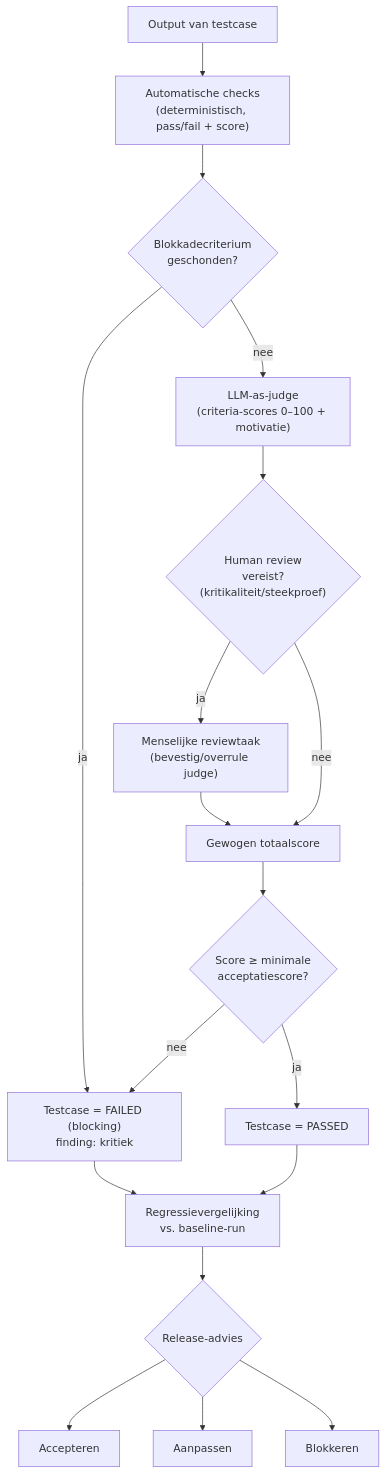
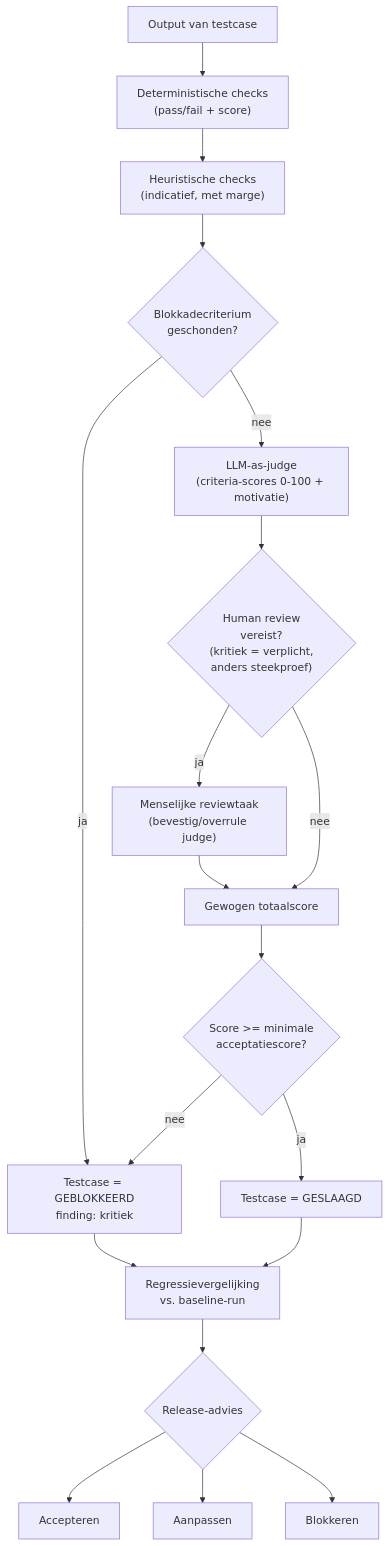
One commit to merlinijzerman/Bestuurdersportaal changed the fifth of 6 diagrams in AI-QUALITY-LAB-ARCHITECTUUR.md. Above: the diagram before and after it, drawn with Mermaid. The commit also changed other lines of this file and 21 other files, not shown here.

````diff
--- a/AI-QUALITY-LAB-ARCHITECTUUR.md
+++ b/AI-QUALITY-LAB-ARCHITECTUUR.md
@@ -250,19 +260,20 @@
 ```mermaid
 flowchart TB
-  OUT["Output van testcase"] --> AC["Automatische checks\n(deterministisch, pass/fail + score)"]
-  AC --> BLK{"Blokkadecriterium\ngeschonden?"}
-  BLK -- ja --> FAIL["Testcase = FAILED (blocking)\nfinding: kritiek"]
-  BLK -- nee --> JUDGE["LLM-as-judge\n(criteria-scores 0–100 + motivatie)"]
-  JUDGE --> HR{"Human review\nvereist?\n(kritikaliteit/steekproef)"}
+  OUT["Output van testcase"] --> DET["Deterministische checks\n(pass/fail + score)"]
+  DET --> HEU["Heuristische checks\n(indicatief, met marge)"]
+  HEU --> BLK{"Blokkadecriterium\ngeschonden?"}
+  BLK -- ja --> FAIL["Testcase = GEBLOKKEERD\nfinding: kritiek"]
+  BLK -- nee --> JUDGE["LLM-as-judge\n(criteria-scores 0-100 + motivatie)"]
+  JUDGE --> HR{"Human review\nvereist?\n(kritiek = verplicht,\nanders steekproef)"}
   HR -- ja --> HUM["Menselijke reviewtaak\n(bevestig/overrule judge)"]
   HR -- nee --> AGG["Gewogen totaalscore"]
   HUM --> AGG
-  AGG --> THR{"Score ≥ minimale\nacceptatiescore?"}
+  AGG --> THR{"Score >= minimale\nacceptatiescore?"}
   THR -- nee --> FAIL
-  THR -- ja --> PASS["Testcase = PASSED"]
+  THR -- ja --> PASS["Testcase = GESLAAGD"]
   PASS & FAIL --> REG["Regressievergelijking\nvs. baseline-run"]
   REG --> ADV{"Release-advies"}
   ADV --> A1["Accepteren"]
   ADV --> A2["Aanpassen"]
   ADV --> A3["Blokkeren"]
 ```
````
